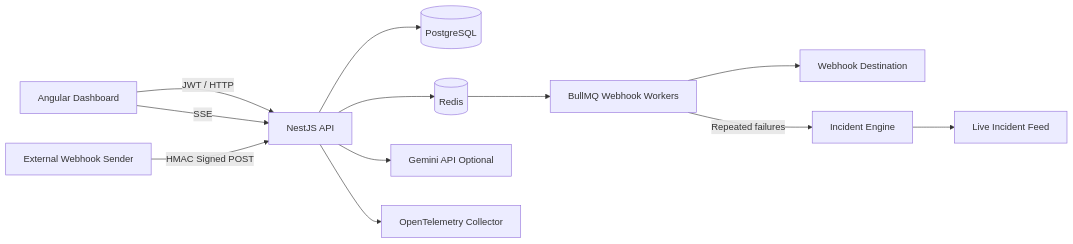
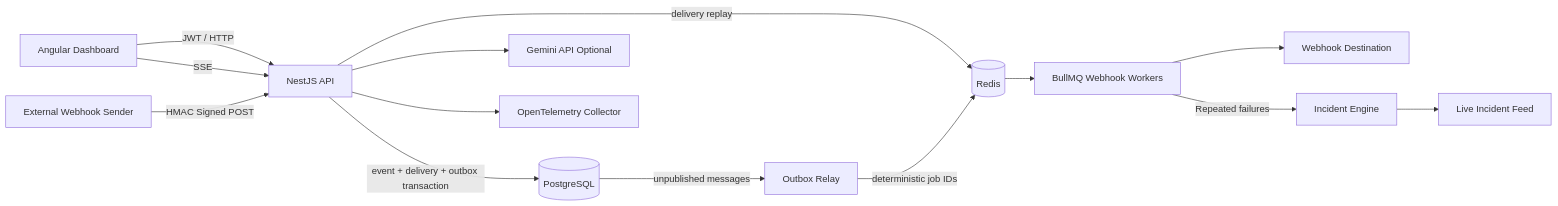
Before and after one commit to hs-7/OpsPulse: the diagram in README.md, drawn with Mermaid. The commit also changed other lines of this file and 5 other files, not shown here.

Commit message:
Implement transactional webhook outbox relay

````diff
--- a/README.md
+++ b/README.md
@@ -7,14 +7,16 @@
 ```mermaid
 flowchart LR
   Browser[Angular Dashboard] -->|JWT / HTTP| API[NestJS API]
   Browser -->|SSE| API
   External[External Webhook Sender] -->|HMAC Signed POST| API
-  API --> Postgres[(PostgreSQL)]
-  API --> Redis[(Redis)]
+  API -->|event + delivery + outbox transaction| Postgres[(PostgreSQL)]
+  Postgres -->|unpublished messages| Relay[Outbox Relay]
+  API -->|delivery replay| Redis[(Redis)]
+  Relay -->|deterministic job IDs| Redis
   Redis --> Queue[BullMQ Webhook Workers]
   Queue --> Destination[Webhook Destination]
   Queue -->|Repeated failures| Incidents[Incident Engine]
   Incidents --> SSE[Live Incident Feed]
   API --> Gemini[Gemini API Optional]
   API --> OTLP[OpenTelemetry Collector]
 ```
````
